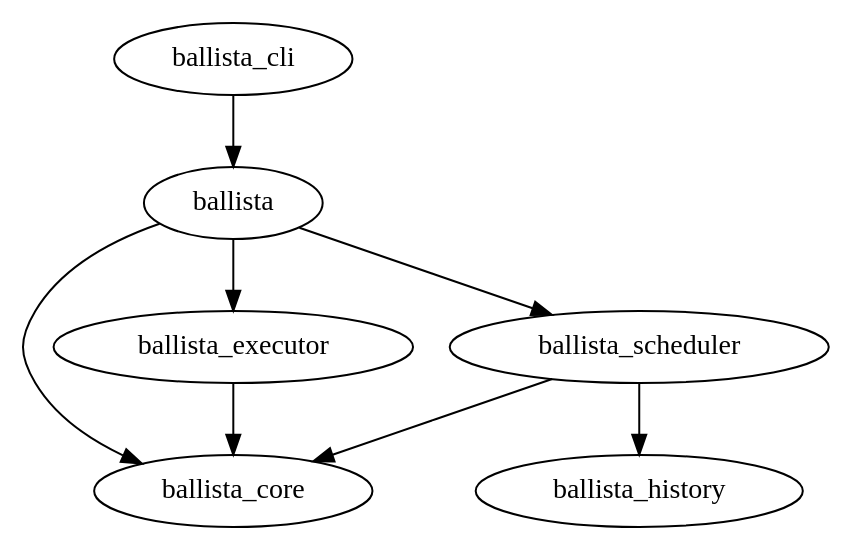
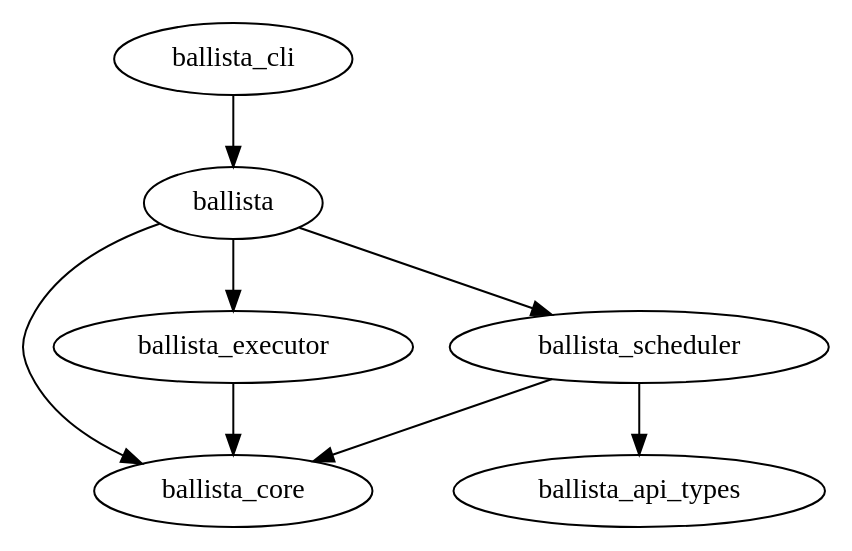
Before and after one commit to apache/datafusion-ballista: the diagram in dev/release/crate-deps.dot, drawn with Graphviz. The commit also changed 11 other files, not shown here.

First line of the commit message:
refactor: rename ballista-history to ballista-api-types

```diff
--- a/dev/release/crate-deps.dot
+++ b/dev/release/crate-deps.dot
@@ -1,38 +1,38 @@
 // Licensed to the Apache Software Foundation (ASF) under one
 // or more contributor license agreements.  See the NOTICE file
 // distributed with this work for additional information
 // regarding copyright ownership.  The ASF licenses this file
 // to you under the Apache License, Version 2.0 (the
 // "License"); you may not use this file except in compliance
 // with the License.  You may obtain a copy of the License at
 //
 //   http://www.apache.org/licenses/LICENSE-2.0
 //
 // Unless required by applicable law or agreed to in writing,
 // software distributed under the License is distributed on an
 // "AS IS" BASIS, WITHOUT WARRANTIES OR CONDITIONS OF ANY
 // KIND, either express or implied.  See the License for the
 // specific language governing permissions and limitations
 // under the License.
 
 digraph G {
 
     ballista_core
-    ballista_history
+    ballista_api_types
     ballista_scheduler
     ballista_executor
     ballista
     ballista_cli
 
     ballista_scheduler -> ballista_core
-    ballista_scheduler -> ballista_history
+    ballista_scheduler -> ballista_api_types
 
     ballista_executor -> ballista_core
 
     ballista -> ballista_core
     ballista -> ballista_scheduler
     ballista -> ballista_executor
 
 	ballista_cli -> ballista
 
 }
```
